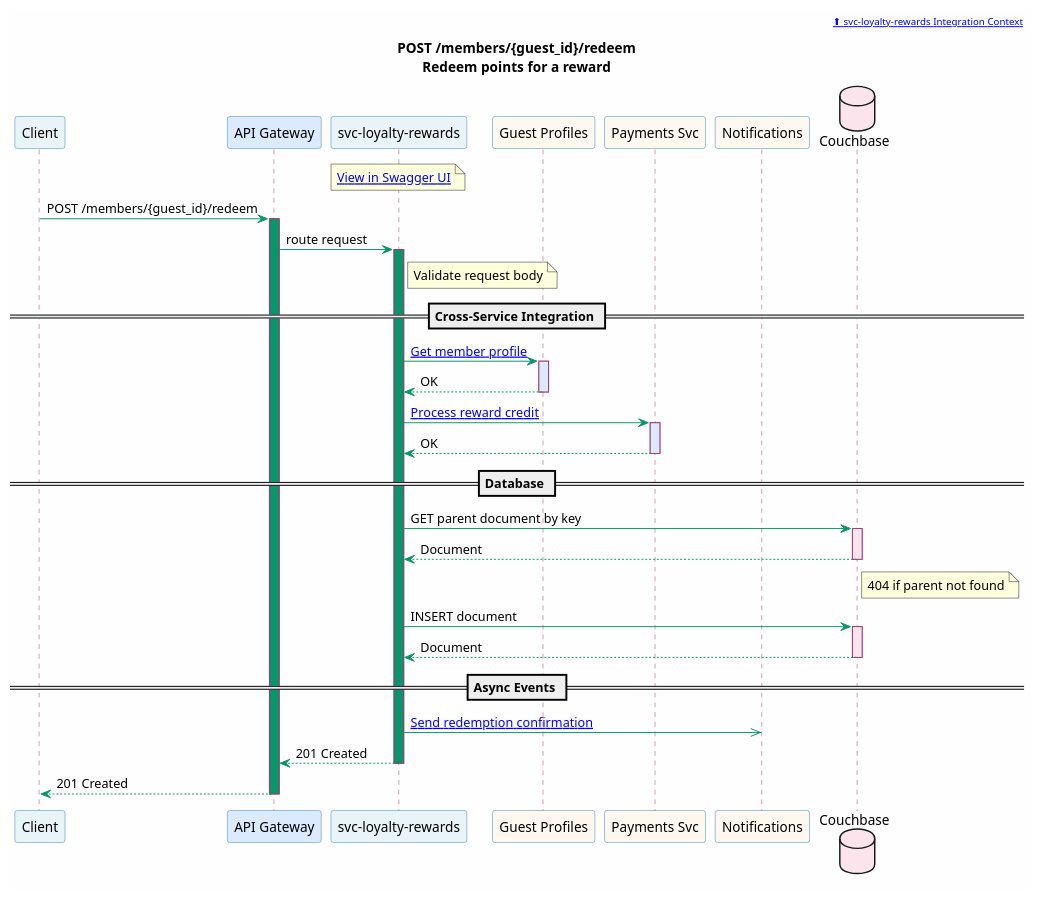
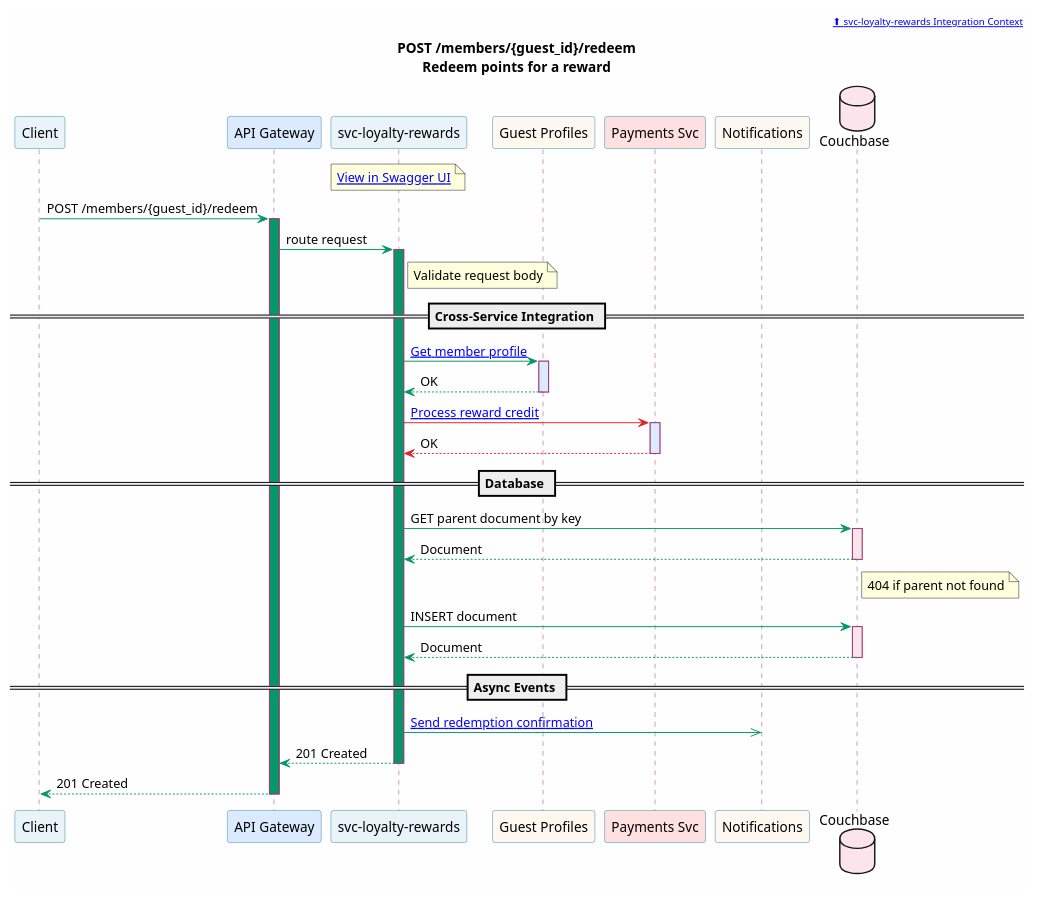
Before and after one commit to christopherblaisdell/continuous-architecture-platform-poc: the diagram in portal/site/microservices/puml/svc-loyalty-rewards--post-members-guest_id-redeem.puml, drawn with PlantUML. The commit also changed 60 other files, not shown here.

First line of the commit message:
PCI DSS compliance zone with Payment Gateway and red data flow lines

```diff
--- a/portal/site/microservices/puml/svc-loyalty-rewards--post-members-guest_id-redeem.puml
+++ b/portal/site/microservices/puml/svc-loyalty-rewards--post-members-guest_id-redeem.puml
@@ -1,74 +1,74 @@
 @startuml svc-loyalty-rewards--post-members-guest_id-redeem
 
 skinparam backgroundColor #FEFEFE
 skinparam shadowing false
 skinparam defaultFontName "Segoe UI"
 skinparam sequence {
     ArrowColor #059669
     ParticipantBorderColor #2E86AB
     ParticipantBackgroundColor #E8F4F8
     LifeLineBorderColor #A23B72
     BoxBorderColor #F18F01
     BoxBackgroundColor #FFF8F0
     NoteBorderColor #c77b30
     NoteBackgroundColor #FEF3E7
 }
 
 header [[/microservices/svc-loyalty-rewards/#integration-context ⬆ svc-loyalty-rewards Integration Context]]
 
 title POST /members/{guest_id}/redeem\nRedeem points for a reward
 
 participant "Client" as Client [[/applications/]]
 participant "API Gateway" as GW #DBEAFE
 participant "svc-loyalty-rewards" as Svc [[/microservices/svc-loyalty-rewards/]] #E8F4F8
 participant "Guest Profiles" as GP [[/microservices/svc-guest-profiles/]] #FFF8F0
-participant "Payments Svc" as Pay [[/microservices/svc-payments/]] #FFF8F0
+participant "Payments Svc" as Pay [[/microservices/svc-payments/]] #FFE0E0
 participant "Notifications" as Ntfy [[/microservices/svc-notifications/]] #FFF8F0
 database "Couchbase" as DB #FCE4EC
 
 note over Svc
   [[/services/api/svc-loyalty-rewards.html#/Transactions/redeemPoints View in Swagger UI]]
 end note
 
 Client -> GW : POST /members/{guest_id}/redeem
 activate GW #059669
 GW -> Svc : route request
 activate Svc #059669
 
 note right of Svc : Validate request body
 
 == Cross-Service Integration ==
 
 Svc -> GP : [[/microservices/svc-guest-profiles/#get-guestsguest_id-get-guest-profile Get member profile]]
 activate GP #DBEAFE
 GP --> Svc : OK
 deactivate GP
 
-Svc -> Pay : [[/microservices/svc-payments/#post-payments-process-a-payment Process reward credit]]
+Svc -[#DC2626]> Pay : [[/microservices/svc-payments/#post-payments-process-a-payment Process reward credit]]
 activate Pay #DBEAFE
-Pay --> Svc : OK
+Pay --[#DC2626]> Svc : OK
 deactivate Pay
 
 == Database ==
 
 Svc -> DB : GET parent document by key
 activate DB #FCE4EC
 DB --> Svc : Document
 deactivate DB
 note right of DB : 404 if parent not found
 
 Svc -> DB : INSERT document
 activate DB #FCE4EC
 DB --> Svc : Document
 deactivate DB
 
 == Async Events ==
 
 Svc ->> Ntfy : [[/microservices/svc-notifications/#post-notifications-send-a-notification Send redemption confirmation]]
 
 Svc --> GW : 201 Created
 deactivate Svc
 GW --> Client : 201 Created
 deactivate GW
 
 @enduml
```
